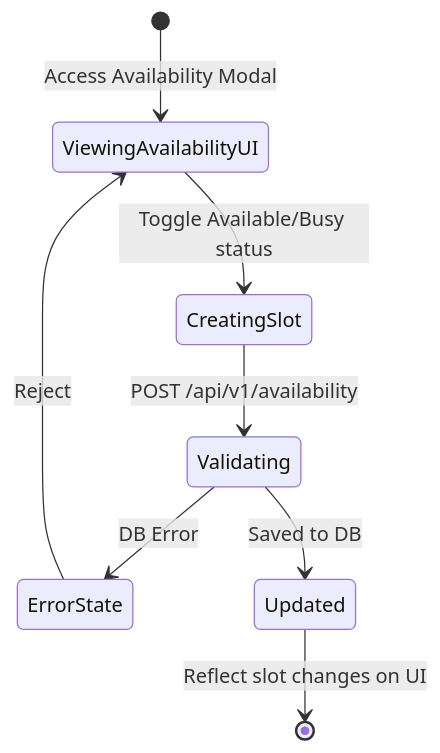
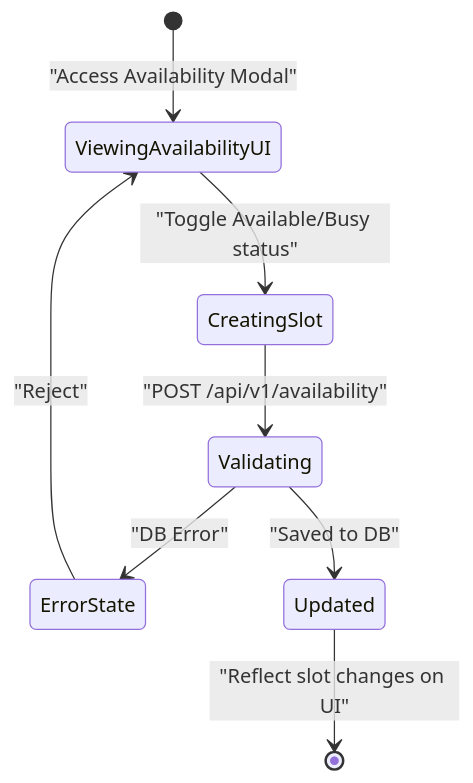
Diagram 17 of 44 in UC_Backend_Design_Details.md (dat-21/SWD392), drawn with Mermaid before and after one commit. The commit also changed other lines of this file and 2 other files, not shown here.

Commit message:
style: Standardize Mermaid state diagram transition label formatting by adding quotes and a space before the colon.

````diff
--- a/UC_Backend_Design_Details.md
+++ b/UC_Backend_Design_Details.md
@@ -397,10 +397,10 @@
 ```mermaid
 stateDiagram-v2
-    [*] --> ViewingAvailabilityUI: Access Availability Modal
-    ViewingAvailabilityUI --> CreatingSlot: Toggle Available/Busy status
-    CreatingSlot --> Validating: POST /api/v1/availability
-    Validating --> ErrorState: DB Error
-    ErrorState --> ViewingAvailabilityUI: Reject
-    Validating --> Updated: Saved to DB
-    Updated --> [*]: Reflect slot changes on UI
+    [*] --> ViewingAvailabilityUI : "Access Availability Modal"
+    ViewingAvailabilityUI --> CreatingSlot : "Toggle Available/Busy status"
+    CreatingSlot --> Validating : "POST /api/v1/availability"
+    Validating --> ErrorState : "DB Error"
+    ErrorState --> ViewingAvailabilityUI : "Reject"
+    Validating --> Updated : "Saved to DB"
+    Updated --> [*] : "Reflect slot changes on UI"
 ```
````
